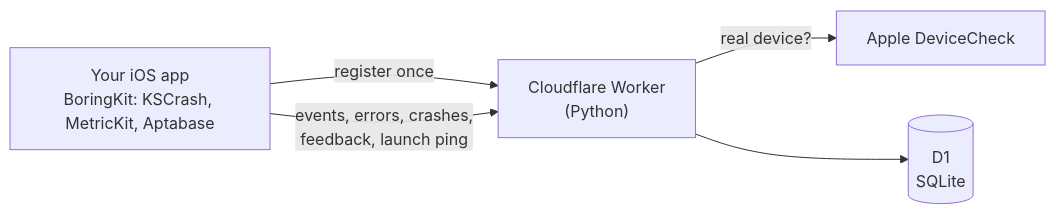
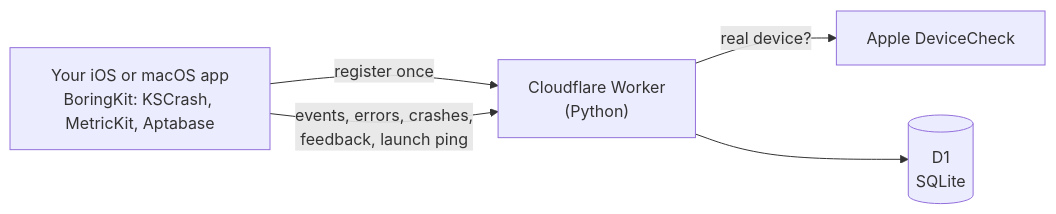
One commit to jkrenge/boring-ass-app-kit changed the diagram in README.md. Above: the diagram before and after it, drawn with Mermaid. The commit also changed other lines of this file and 14 other files, not shown here.

````diff
--- a/README.md
+++ b/README.md
@@ -26,11 +27,11 @@
 ```mermaid
 flowchart LR
-    App["Your iOS app<br/>BoringKit: KSCrash, MetricKit, Aptabase"]
+    App["Your iOS or macOS app<br/>BoringKit: KSCrash, MetricKit, Aptabase"]
     Worker["Cloudflare Worker<br/>(Python)"]
     Apple["Apple DeviceCheck"]
     DB[("D1<br/>SQLite")]
     App -- "register once" --> Worker
     App -- "events, errors, crashes,<br/>feedback, launch ping" --> Worker
     Worker -- "real device?" --> Apple
     Worker --> DB
 ```
````
